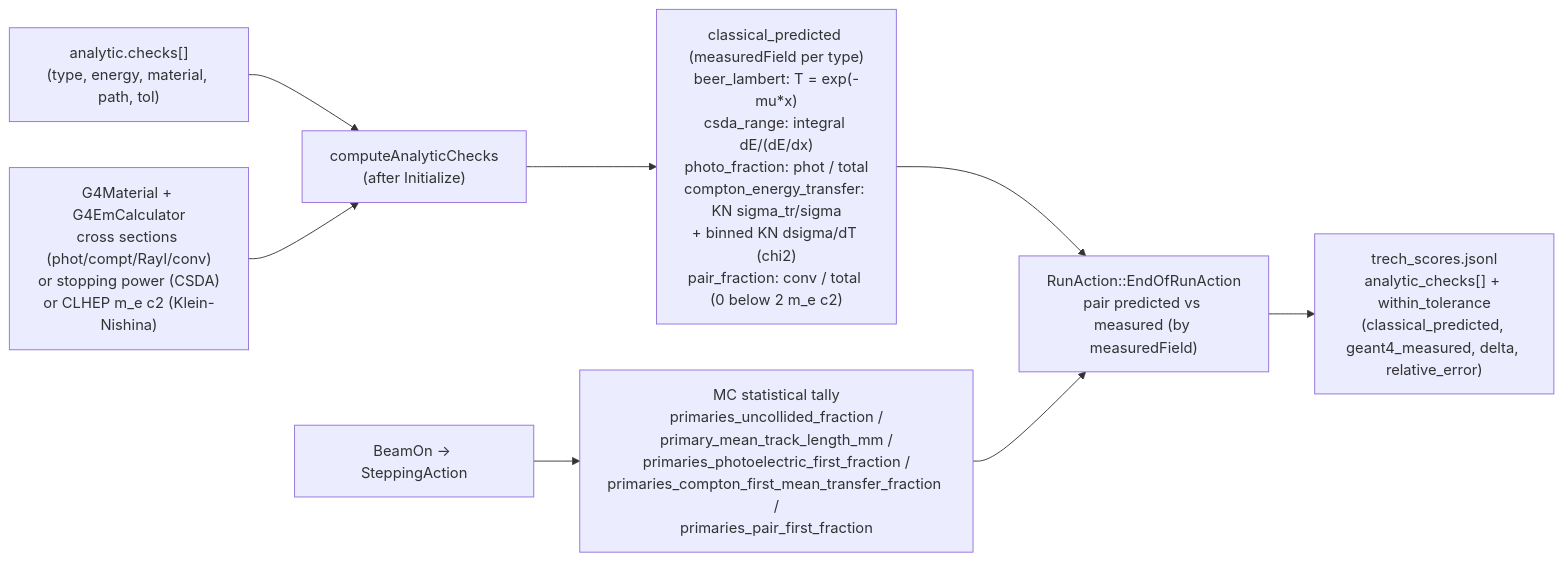
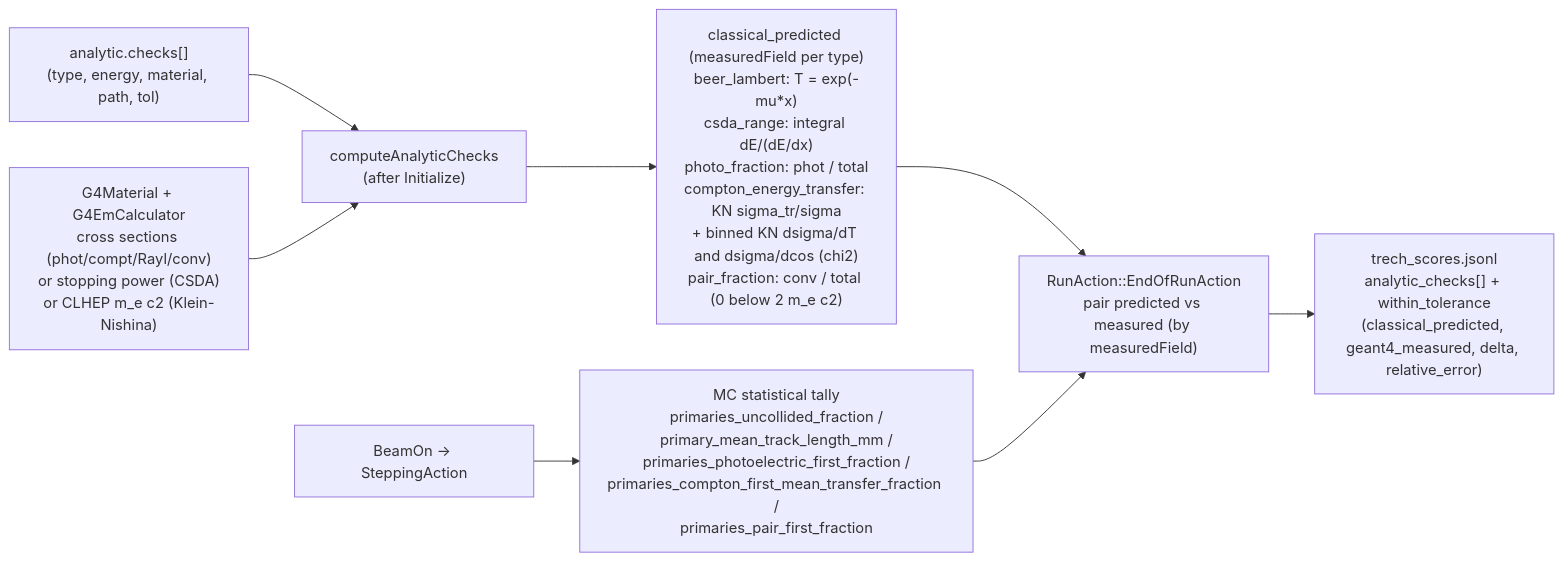
Before and after one commit to Geckos-Ink/trech: diagram 16 of 43 in CHARTS.md, drawn with Mermaid. The commit also changed 13 other files, not shown here.

````diff
--- a/CHARTS.md
+++ b/CHARTS.md
@@ -351,10 +351,10 @@
 ```mermaid
 flowchart LR
   CFG["analytic.checks[]\n(type, energy, material, path, tol)"] --> ACC["computeAnalyticChecks\n(after Initialize)"]
   G4MAT2["G4Material + G4EmCalculator\ncross sections (phot/compt/Rayl/conv)\nor stopping power (CSDA)\nor CLHEP m_e c2 (Klein-Nishina)"] --> ACC
-  ACC --> PRED["classical_predicted (measuredField per type)\nbeer_lambert: T = exp(-mu*x)\ncsda_range: integral dE/(dE/dx)\nphoto_fraction: phot / total\ncompton_energy_transfer: KN sigma_tr/sigma\n+ binned KN dsigma/dT (chi2)\npair_fraction: conv / total (0 below 2 m_e c2)"]
+  ACC --> PRED["classical_predicted (measuredField per type)\nbeer_lambert: T = exp(-mu*x)\ncsda_range: integral dE/(dE/dx)\nphoto_fraction: phot / total\ncompton_energy_transfer: KN sigma_tr/sigma\n+ binned KN dsigma/dT and dsigma/dcos (chi2)\npair_fraction: conv / total (0 below 2 m_e c2)"]
   BEAMON["BeamOn -> SteppingAction"] --> MEAS["MC statistical tally\nprimaries_uncollided_fraction /\nprimary_mean_track_length_mm /\nprimaries_photoelectric_first_fraction /\nprimaries_compton_first_mean_transfer_fraction /\nprimaries_pair_first_fraction"]
   PRED --> CMP["RunAction::EndOfRunAction\npair predicted vs measured (by measuredField)"]
   MEAS --> CMP
   CMP --> OUT["trech_scores.jsonl\nanalytic_checks[] + within_tolerance\n(classical_predicted, geant4_measured, delta, relative_error)"]
 ```
````
